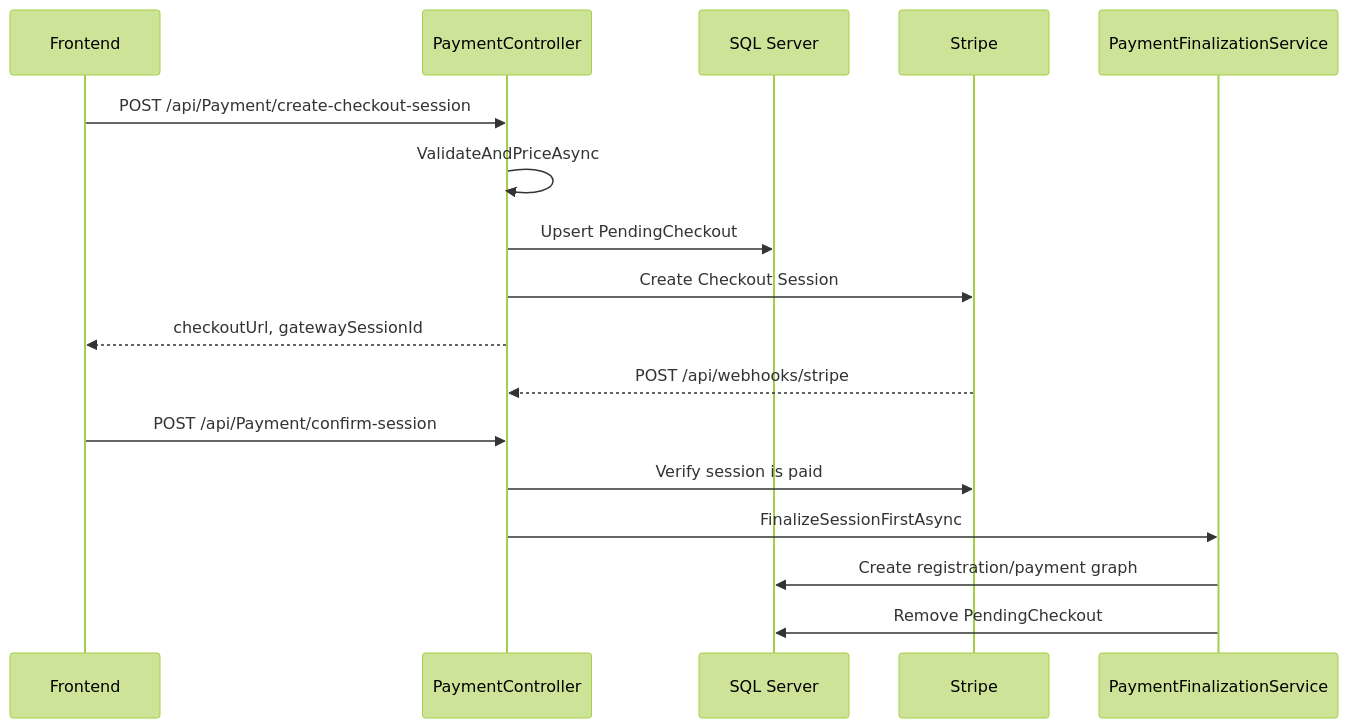
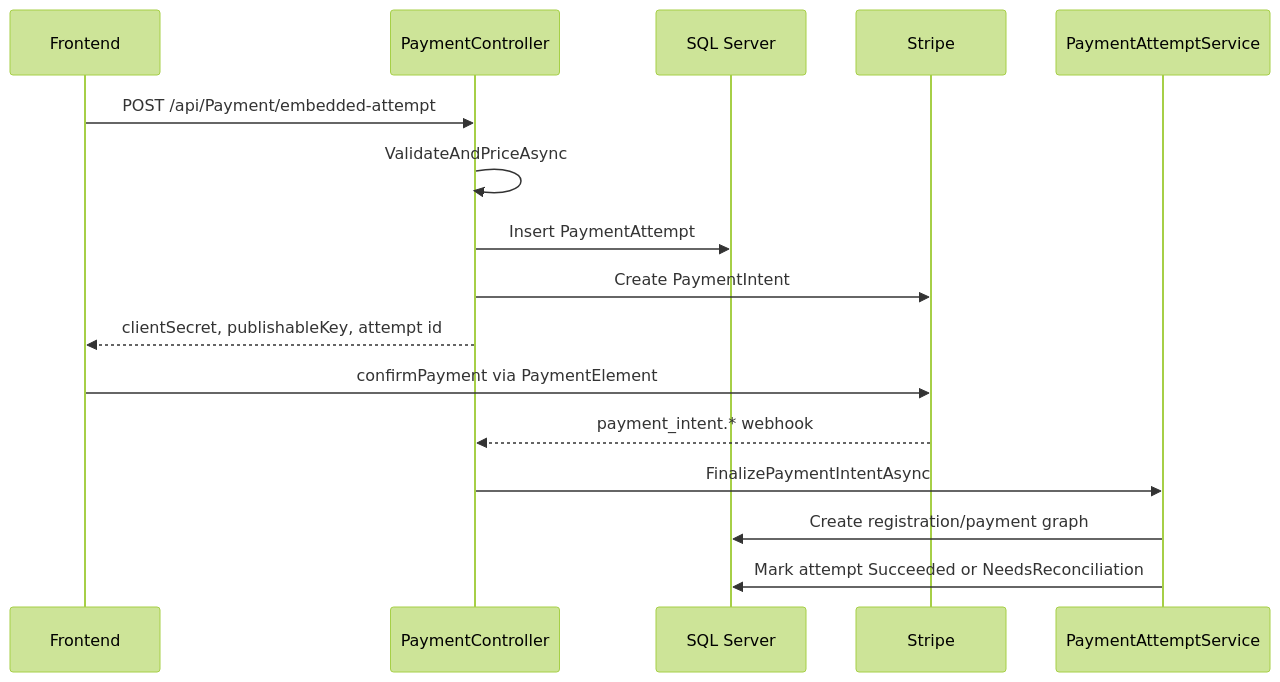
One commit to weihwanglaw-debug/TRS changed the second of 2 diagrams in TRS_ARCHITECTURE.md. Above: the diagram before and after it, drawn with Mermaid (forest theme). The commit also changed other lines of this file and 52 other files, not shown here.

````diff
--- a/TRS_ARCHITECTURE.md
+++ b/TRS_ARCHITECTURE.md
@@ -191,20 +195,19 @@
 ```mermaid
 sequenceDiagram
     participant UI as Frontend
     participant API as PaymentController
     participant DB as SQL Server
     participant Stripe as Stripe
-    participant Final as PaymentFinalizationService
+    participant Attempts as PaymentAttemptService
 
-    UI->>API: POST /api/Payment/create-checkout-session
+    UI->>API: POST /api/Payment/embedded-attempt
     API->>API: ValidateAndPriceAsync
-    API->>DB: Upsert PendingCheckout
-    API->>Stripe: Create Checkout Session
-    API-->>UI: checkoutUrl, gatewaySessionId
-    Stripe-->>API: POST /api/webhooks/stripe
-    UI->>API: POST /api/Payment/confirm-session
-    API->>Stripe: Verify session is paid
-    API->>Final: FinalizeSessionFirstAsync
-    Final->>DB: Create registration/payment graph
-    Final->>DB: Remove PendingCheckout
+    API->>DB: Insert PaymentAttempt
+    API->>Stripe: Create PaymentIntent
+    API-->>UI: clientSecret, publishableKey, attempt id
+    UI->>Stripe: confirmPayment via PaymentElement
+    Stripe-->>API: payment_intent.* webhook
+    API->>Attempts: FinalizePaymentIntentAsync
+    Attempts->>DB: Create registration/payment graph
+    Attempts->>DB: Mark attempt Succeeded or NeedsReconciliation
 ```
````
